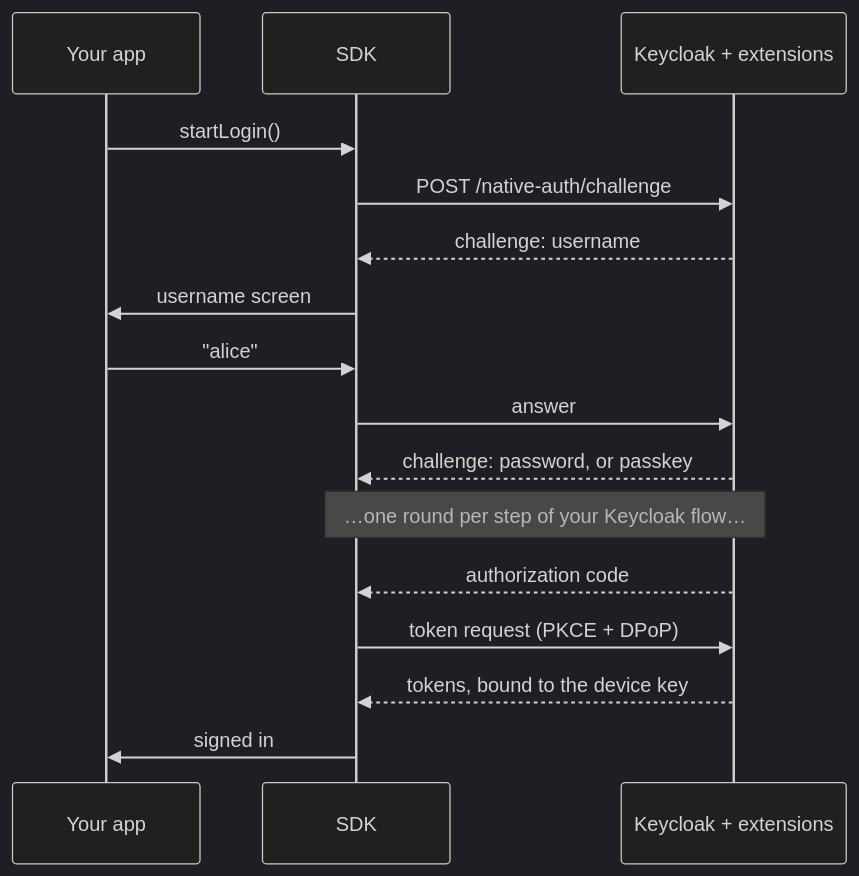
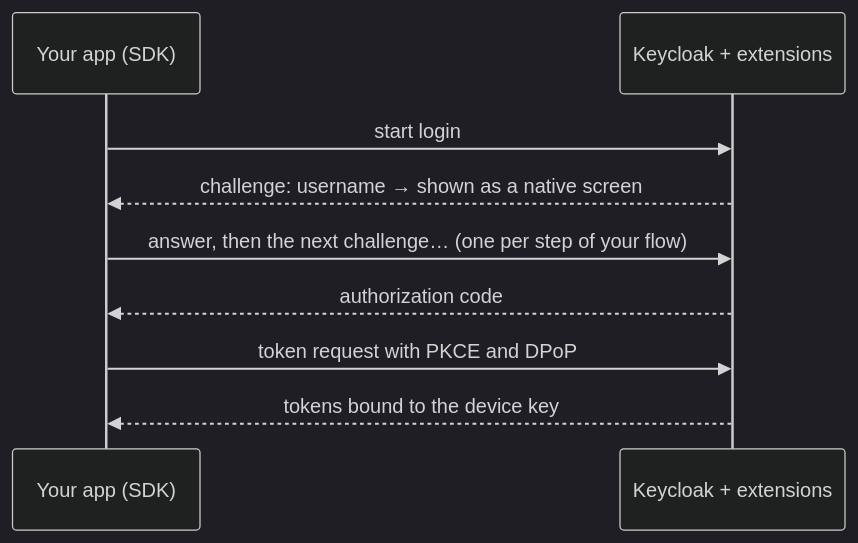
One commit to p2-inc/native-apps changed the diagram in README.md. Above: the diagram before and after it, drawn with Mermaid (dark theme). The commit also changed other lines of this file and 2 other files, not shown here.

````diff
--- a/README.md
+++ b/README.md
@@ -27,18 +30,11 @@
 ```mermaid
 sequenceDiagram
-    participant App as Your app
-    participant SDK
+    participant App as Your app (SDK)
     participant KC as Keycloak + extensions
-    App->>SDK: startLogin()
-    SDK->>KC: POST /native-auth/challenge
-    KC-->>SDK: challenge: username
-    SDK->>App: username screen
-    App->>SDK: "alice"
-    SDK->>KC: answer
-    KC-->>SDK: challenge: password, or passkey
-    Note over SDK,KC: …one round per step of your Keycloak flow…
-    KC-->>SDK: authorization code
-    SDK->>KC: token request (PKCE + DPoP)
-    KC-->>SDK: tokens, bound to the device key
-    SDK->>App: signed in
+    App->>KC: start login
+    KC-->>App: challenge: username → shown as a native screen
+    App->>KC: answer, then the next challenge… (one per step of your flow)
+    KC-->>App: authorization code
+    App->>KC: token request with PKCE and DPoP
+    KC-->>App: tokens bound to the device key
 ```
````
